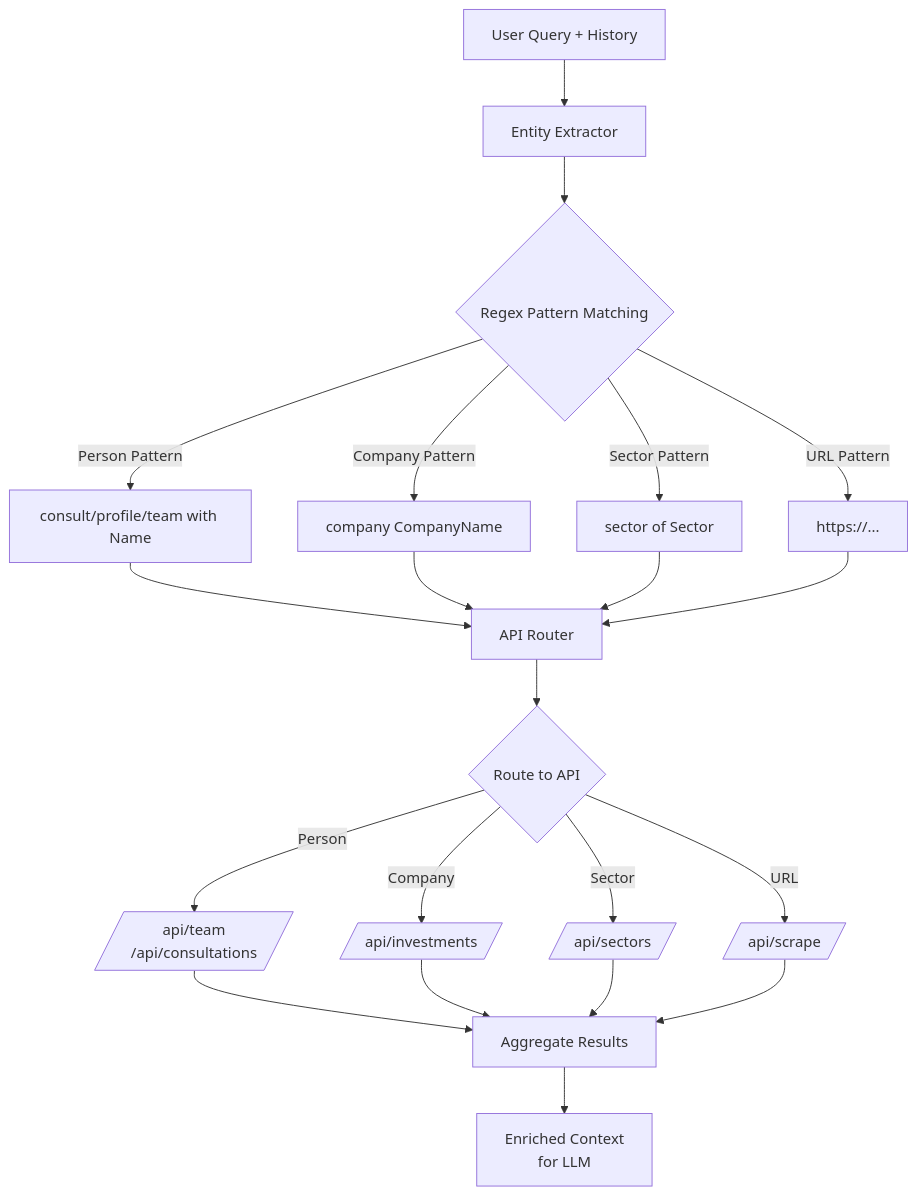
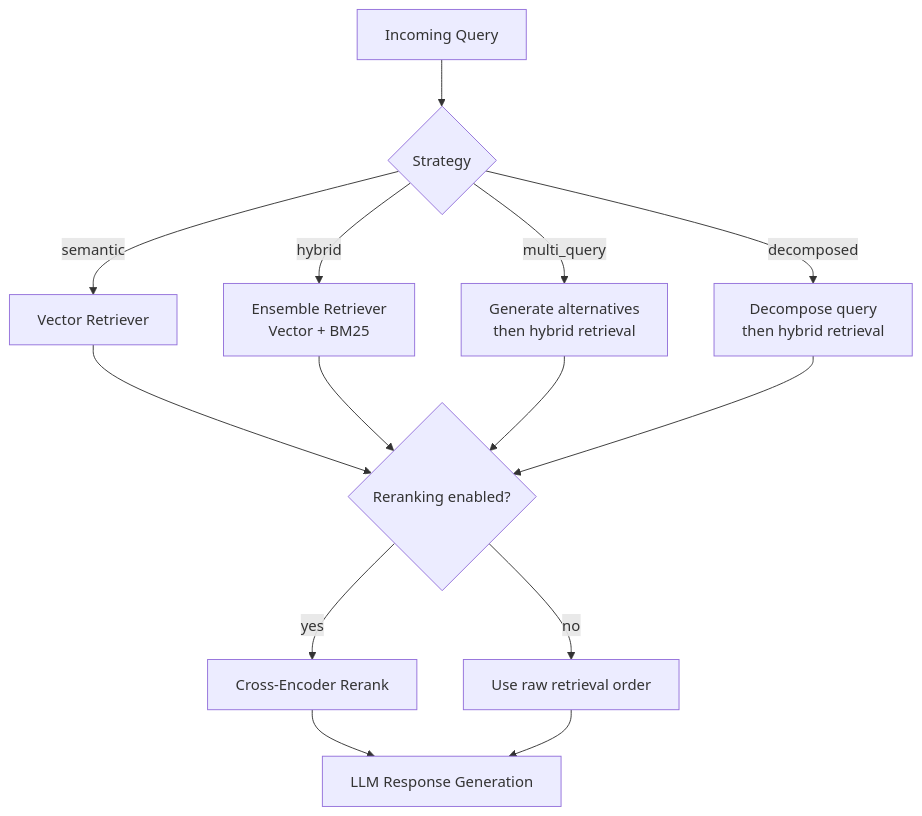
The fifth of 10 diagrams in README.md (yamposskype/AI-RAG-LangChain), drawn with Mermaid before and after one commit. The commit also changed other lines of this file and 164 other files, not shown here.

````diff
--- a/README.md
+++ b/README.md
@@ -575,30 +274,18 @@
 ```mermaid
-graph TB
-    A[User Query + History] --> B[Entity Extractor]
+flowchart TD
+    Q[Incoming Query] --> S{Strategy}
+    S -->|semantic| A[Vector Retriever]
+    S -->|hybrid| B[Ensemble Retriever\nVector + BM25]
+    S -->|multi_query| C[Generate alternatives\nthen hybrid retrieval]
+    S -->|decomposed| D[Decompose query\nthen hybrid retrieval]
 
-    B --> C{Regex Pattern Matching}
+    A --> RR{Reranking enabled?}
+    B --> RR
+    C --> RR
+    D --> RR
 
-    C -->|Person Pattern| D["consult/profile/team with Name"]
-    C -->|Company Pattern| E["company CompanyName"]
-    C -->|Sector Pattern| F["sector of Sector"]
-    C -->|URL Pattern| G["https://..."]
-
-    D --> H[API Router]
-    E --> H
-    F --> H
-    G --> H
-
-    H --> I{Route to API}
-
-    I -->|Person| J[/api/team<br/>/api/consultations/]
-    I -->|Company| K[/api/investments/]
-    I -->|Sector| L[/api/sectors/]
-    I -->|URL| M[/api/scrape/]
-
-    J --> N[Aggregate Results]
-    K --> N
-    L --> N
-    M --> N
-
-    N --> O[Enriched Context<br/>for LLM]
+    RR -->|yes| X[Cross-Encoder Rerank]
+    RR -->|no| Y[Use raw retrieval order]
+    X --> G[LLM Response Generation]
+    Y --> G
 ```
````
